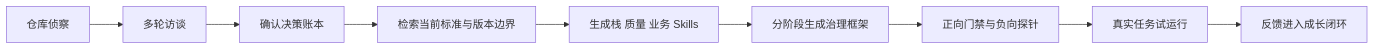
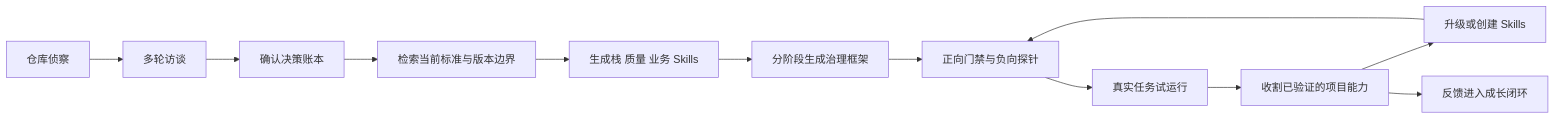
The diagram in README.md (YangYuHai-7/ai-code-governance), drawn with Mermaid before and after one commit. The commit also changed other lines of this file and 9 other files, not shown here.

````diff
--- a/README.md
+++ b/README.md
@@ -36,11 +37,14 @@
 ```mermaid
 flowchart LR
     A[仓库侦察] --> B[多轮访谈]
     B --> C[确认决策账本]
     C --> D[检索当前标准与版本边界]
     D --> E[生成栈 质量 业务 Skills]
     E --> F[分阶段生成治理框架]
     F --> G[正向门禁与负向探针]
     G --> H[真实任务试运行]
-    H --> I[反馈进入成长闭环]
+    H --> I[收割已验证的项目能力]
+    I --> J[升级或创建 Skills]
+    J --> G
+    I --> K[反馈进入成长闭环]
 ```
````
